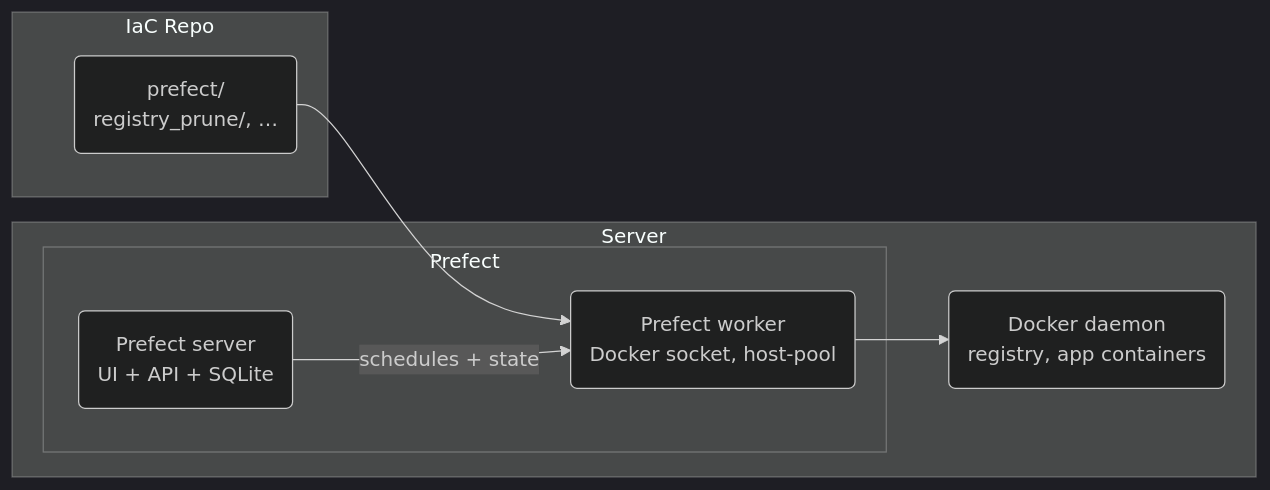
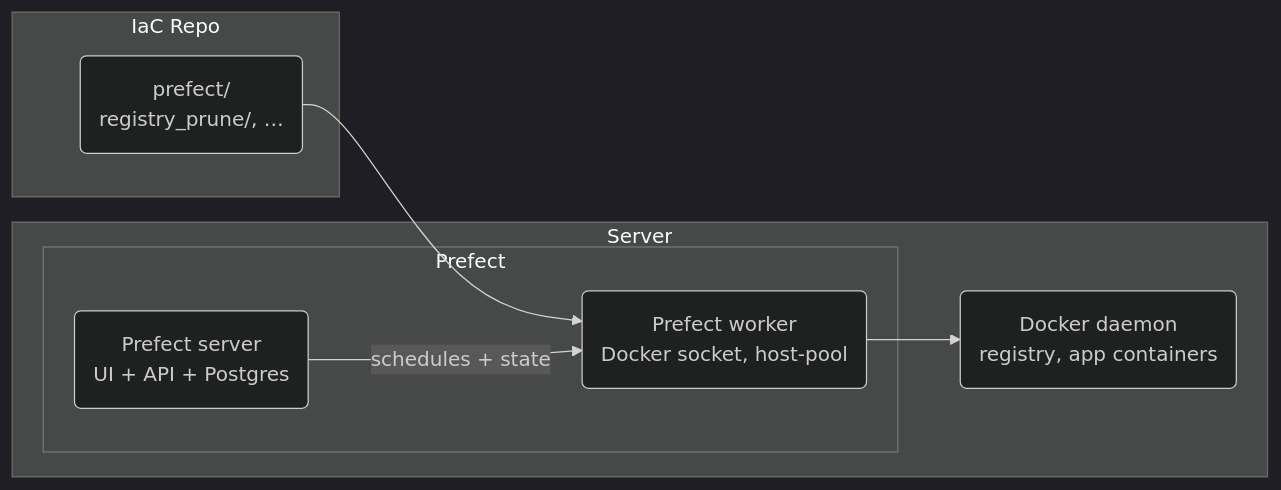
One commit to rednaw/iac changed the diagram in docs/workflows.md. Above: the diagram before and after it, drawn with Mermaid (dark theme). The commit also changed other lines of this file and 2 other files, not shown here.

Commit message:
simpler (#135)

````diff
--- a/docs/workflows.md
+++ b/docs/workflows.md
@@ -7,18 +7,18 @@
 ```mermaid
 flowchart LR
     subgraph REPO["IaC Repo"]
         FLOWS(prefect/<br/>registry_prune/, …)
     end
 
     subgraph SERVER["Server"]
         subgraph PREFECT["Prefect"]
-            PSERVER(Prefect server<br/>UI + API + SQLite)
+            PSERVER(Prefect server<br/>UI + API + Postgres)
             PWORKER(Prefect worker<br/>Docker socket, host-pool)
         end
         DOCKER(Docker daemon<br/>registry, app containers)
     end
 
     FLOWS --> PWORKER
     PWORKER --> DOCKER
     PSERVER -->|schedules + state| PWORKER
 ```
````
